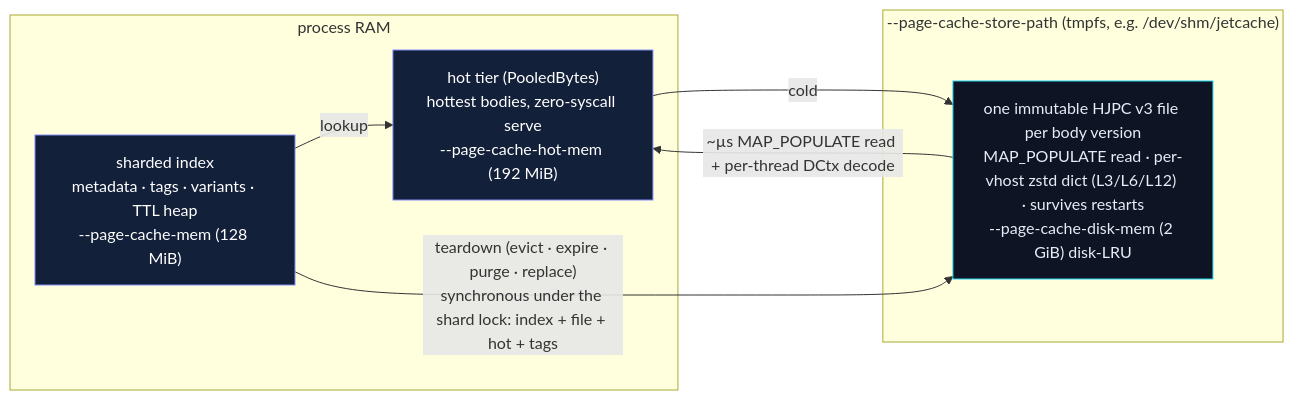
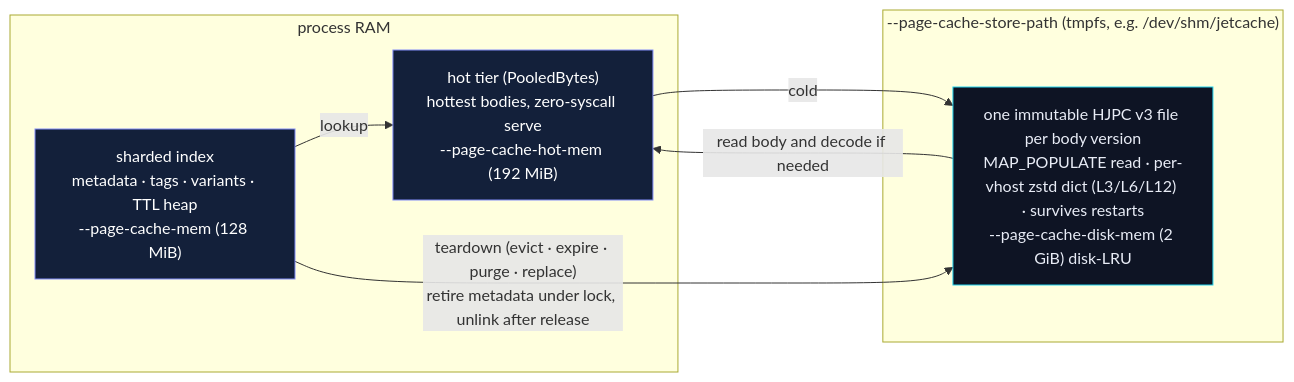
One commit to faratech/httpjet-site changed the diagram in docs-src/diagrams/cache-tiers.mmd. Above: the diagram before and after it, drawn with Mermaid. The commit also changed 162 other files, not shown here.

```diff
--- a/docs-src/diagrams/cache-tiers.mmd
+++ b/docs-src/diagrams/cache-tiers.mmd
@@ -1,14 +1,14 @@
 flowchart LR
   classDef ram fill:#13203a,stroke:#818cf8,color:#fff
   classDef disk fill:#0e1424,stroke:#22d3ee,color:#e8ecf6
   subgraph RAM ["process RAM"]
     IDX["sharded index<br/>metadata · tags · variants · TTL heap<br/>--page-cache-mem (128 MiB)"]:::ram
     HOT["hot tier (PooledBytes)<br/>hottest bodies, zero-syscall serve<br/>--page-cache-hot-mem (192 MiB)"]:::ram
   end
   subgraph TMPFS ["--page-cache-store-path (tmpfs, e.g. /dev/shm/jetcache)"]
     F["one immutable HJPC v3 file per body version<br/>MAP_POPULATE read · per-vhost zstd dict (L3/L6/L12) · survives restarts<br/>--page-cache-disk-mem (2 GiB) disk-LRU"]:::disk
   end
   IDX -- "lookup" --> HOT
   HOT -- "cold" --> F
-  F -- "~µs MAP_POPULATE read + per-thread DCtx decode" --> HOT
-  IDX -- "teardown (evict · expire · purge · replace)<br/>synchronous under the shard lock: index + file + hot + tags" --> F
+  F -- "read body and decode if needed" --> HOT
+  IDX -- "teardown (evict · expire · purge · replace)<br/>retire metadata under lock, unlink after release" --> F
```
